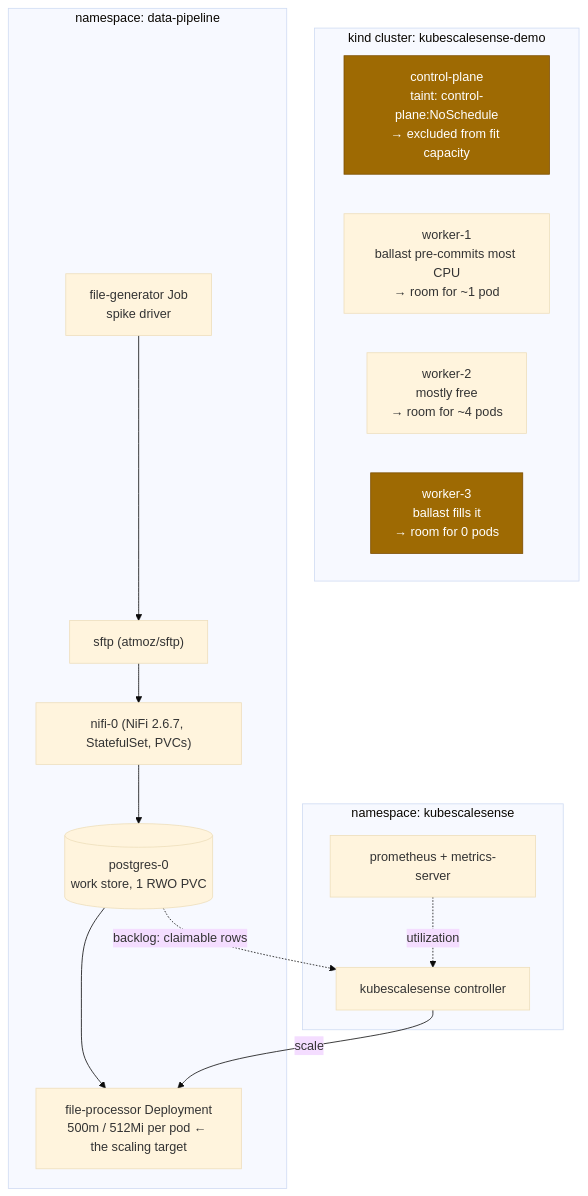
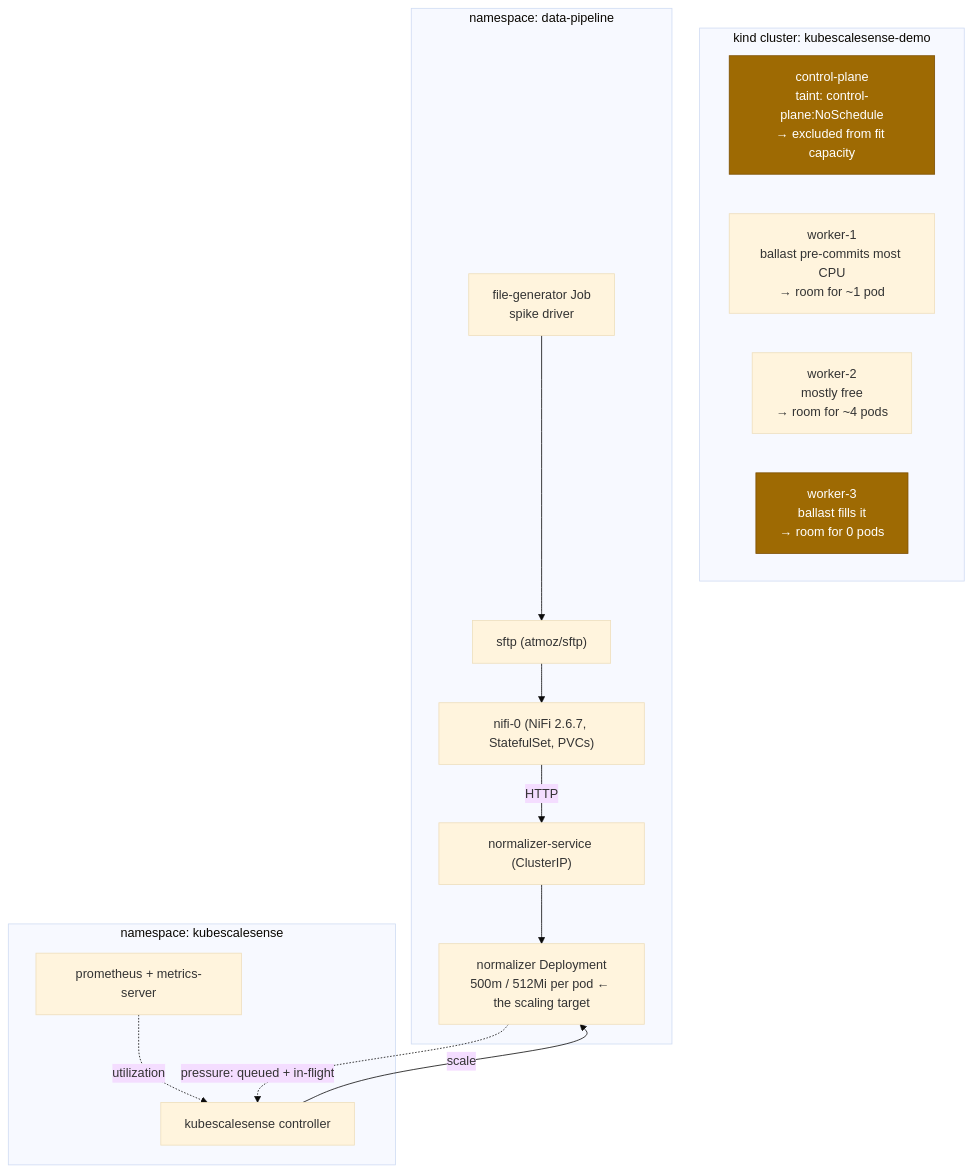
Before and after one commit to jensilin/KubeScaleSense: the second of 3 diagrams in docs/test-plan.md, drawn with Mermaid (base theme). The commit also changed other lines of this file and 8 other files, not shown here.

Commit message:
docs: simplify KubeScaleSense architecture

````diff
--- a/docs/test-plan.md
+++ b/docs/test-plan.md
@@ -196,30 +200,30 @@
 ```mermaid
 flowchart TB
     subgraph KIND["kind cluster: kubescalesense-demo"]
         CP["control-plane<br/>taint: control-plane:NoSchedule<br/>→ excluded from fit capacity"]
         W1["worker-1<br/>ballast pre-commits most CPU<br/>→ room for ~1 pod"]
         W2["worker-2<br/>mostly free<br/>→ room for ~4 pods"]
         W3["worker-3<br/>ballast fills it<br/>→ room for 0 pods"]
     end
 
     subgraph NS["namespace: data-pipeline"]
         SFTP["sftp (atmoz/sftp)"]
         NIFI["nifi-0 (NiFi 2.6.7, StatefulSet, PVCs)"]
-        PG[("postgres-0<br/>work store, 1 RWO PVC")]
-        PROC["file-processor Deployment<br/>500m / 512Mi per pod ← the scaling target"]
+        SVC["normalizer-service (ClusterIP)"]
+        NORM["normalizer Deployment<br/>500m / 512Mi per pod ← the scaling target"]
         GEN["file-generator Job<br/>spike driver"]
     end
 
     subgraph KSSNS["namespace: kubescalesense"]
         KSS["kubescalesense controller"]
         PROM["prometheus + metrics-server"]
     end
 
-    GEN --> SFTP --> NIFI --> PG --> PROC
-    KSS -->|scale| PROC
-    PG -.->|"backlog: claimable rows"| KSS
+    GEN --> SFTP --> NIFI -->|HTTP| SVC --> NORM
+    KSS -->|scale| NORM
+    NORM -.->|"pressure: queued + in-flight"| KSS
     PROM -.->|utilization| KSS
 
     classDef full fill:#9e6a03,color:#fff,stroke:#7d4e00
     class W3,CP full
 ```
````
